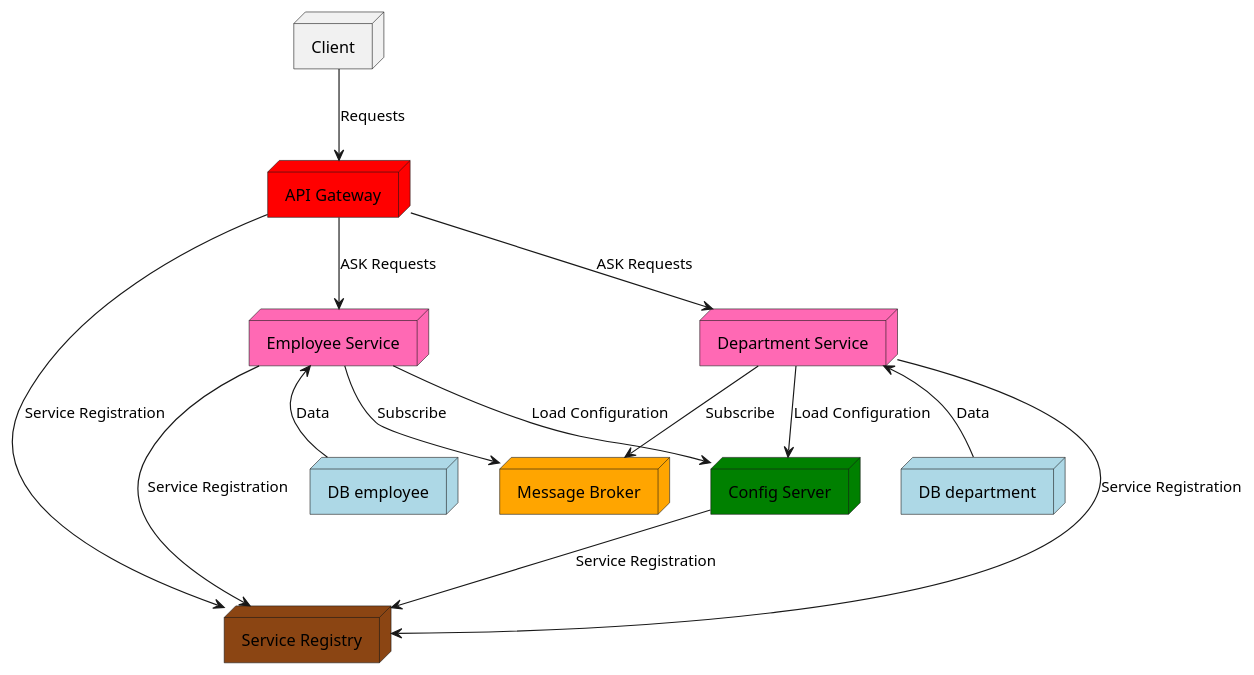
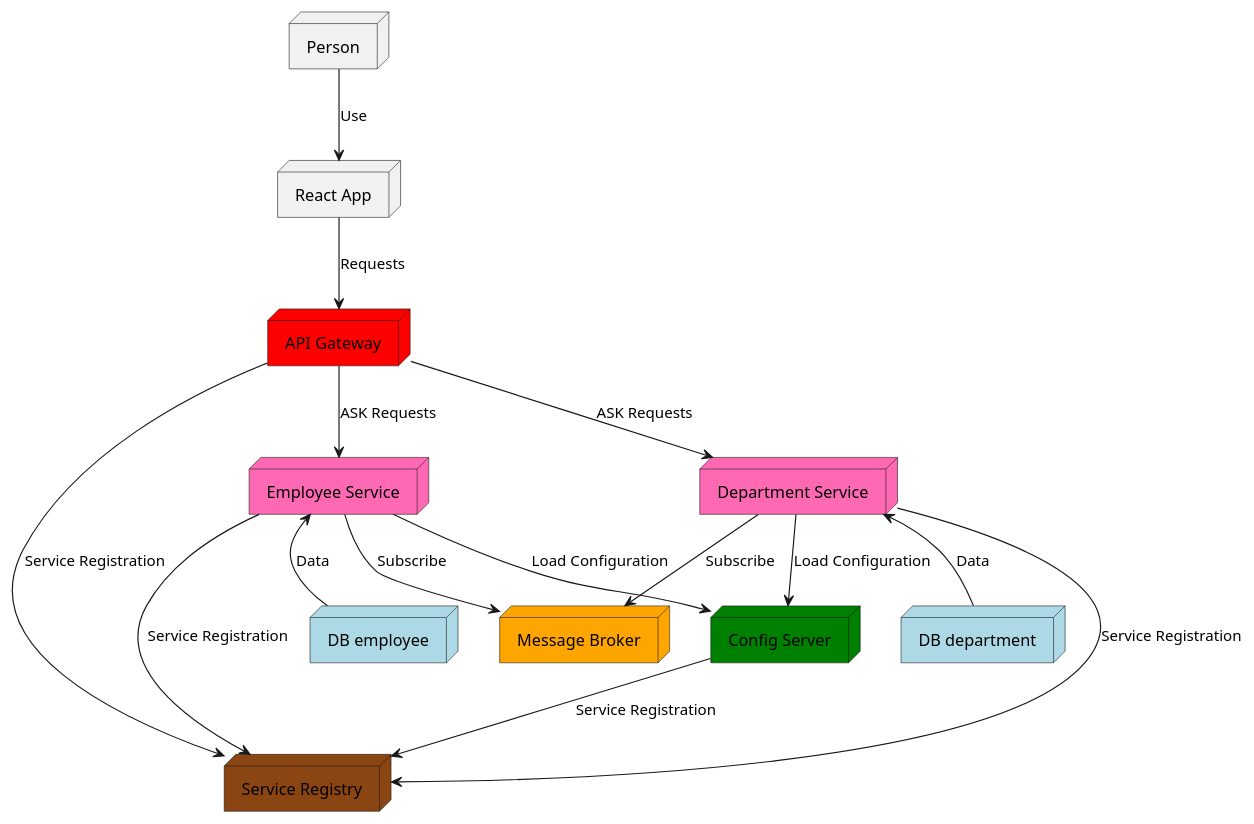
Before and after one commit to devJGrote/project-springboot-microservices: the diagram in docs/overview.puml, drawn with PlantUML. The commit also changed 22 other files, not shown here.

Commit message:
react frontend app with material ui that use employee controller configure corse in api gateway

```diff
--- a/docs/overview.puml
+++ b/docs/overview.puml
@@ -1,30 +1,31 @@
 @startuml
 
-node Client
+node Person
+node "React App" as Client
 node "API Gateway" #FF0000
 node "Service Registry" #8B4513
 node "Employee Service" #FF69B4
 node "Department Service" #FF69B4
 node "Config Server" #008000
 node "DB department" #ADD8E6
 node "DB employee" #ADD8E6
 node "Message Broker" #FFA500
 
-
+Person --> "Client" : Use
 Client --> "API Gateway" : Requests
 "API Gateway" --> "Service Registry" : Service Registration
 "API Gateway" --> "Employee Service" : ASK Requests
 "API Gateway" --> "Department Service" : ASK Requests
 "Config Server" --> "Service Registry" : Service Registration
 "Employee Service" --> "Service Registry" : Service Registration
 "Department Service" --> "Service Registry" : Service Registration
 "Department Service"  --> "Config Server" : Load Configuration
 "Employee Service"  --> "Config Server" : Load Configuration
 
 "Department Service"  --> "Message Broker" : Subscribe
 "Employee Service"  --> "Message Broker" : Subscribe
 
 "Employee Service" <-- "DB employee" : Data
 "Department Service" <-- "DB department" : Data
 
 @enduml
```
